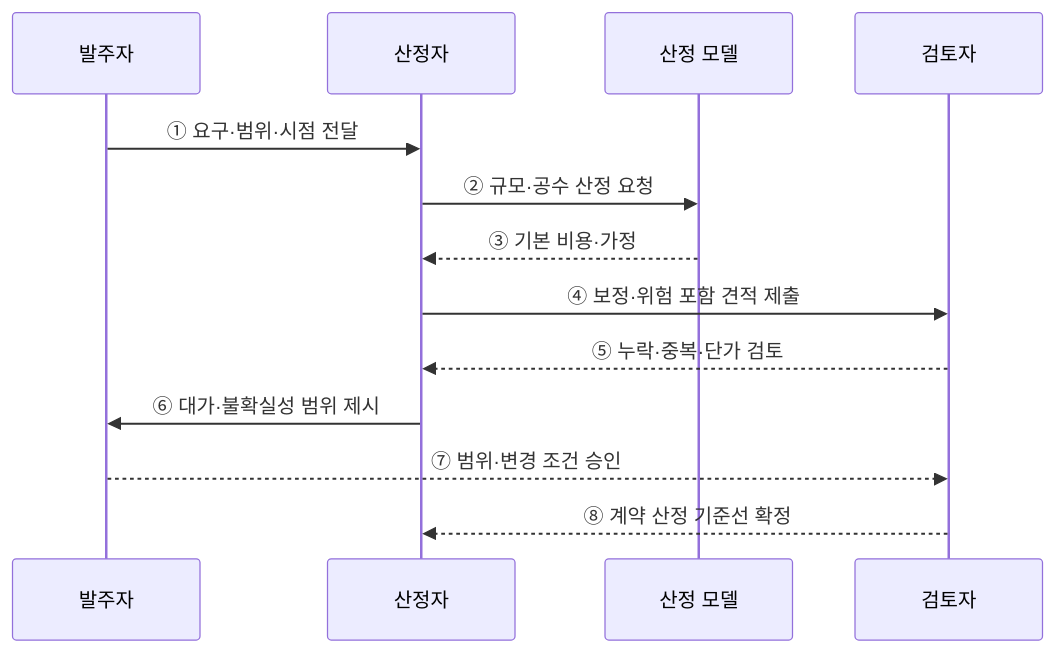
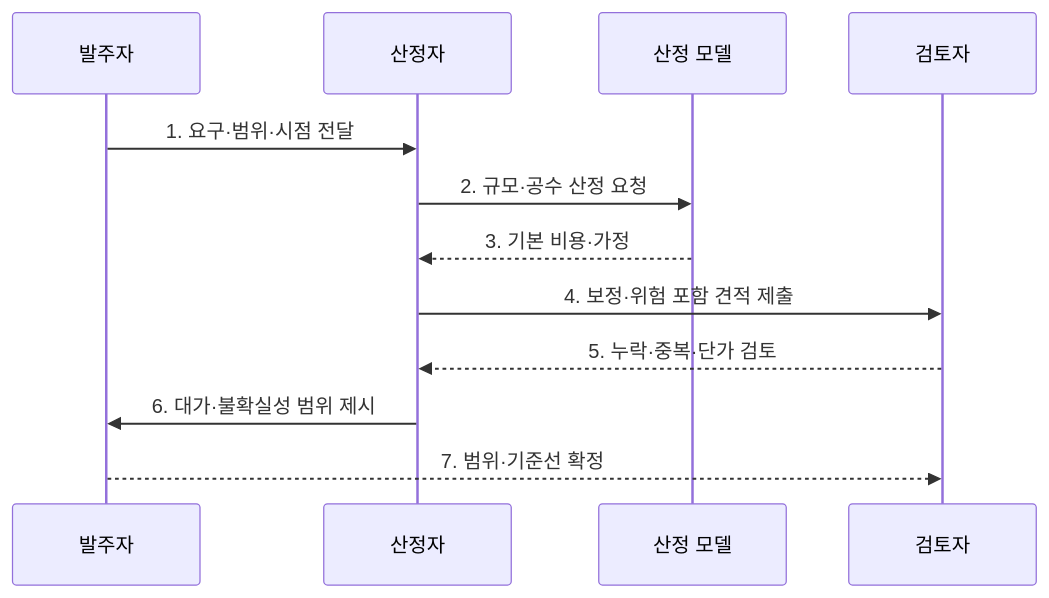
The second of 2 diagrams in src/content/docs/notes/03-software/075_software_cost_estimation.md (agnusdei1207/knowledge-base), drawn with Mermaid before and after one commit. The commit also changed other lines of this file and 20 other files, not shown here.

````diff
--- a/src/content/docs/notes/03-software/075_software_cost_estimation.md
+++ b/src/content/docs/notes/03-software/075_software_cost_estimation.md
@@ -71,15 +80,14 @@
 ```mermaid
 sequenceDiagram
     participant B as 발주자
     participant E as 산정자
     participant M as 산정 모델
     participant R as 검토자
-    B->>E: ① 요구·범위·시점 전달
-    E->>M: ② 규모·공수 산정 요청
-    M-->>E: ③ 기본 비용·가정
-    E->>R: ④ 보정·위험 포함 견적 제출
-    R-->>E: ⑤ 누락·중복·단가 검토
-    E->>B: ⑥ 대가·불확실성 범위 제시
-    B-->>R: ⑦ 범위·변경 조건 승인
-    R-->>E: ⑧ 계약 산정 기준선 확정
+    B->>E: 1. 요구·범위·시점 전달
+    E->>M: 2. 규모·공수 산정 요청
+    M-->>E: 3. 기본 비용·가정
+    E->>R: 4. 보정·위험 포함 견적 제출
+    R-->>E: 5. 누락·중복·단가 검토
+    E->>B: 6. 대가·불확실성 범위 제시
+    B-->>R: 7. 범위·기준선 확정
 ```
````
